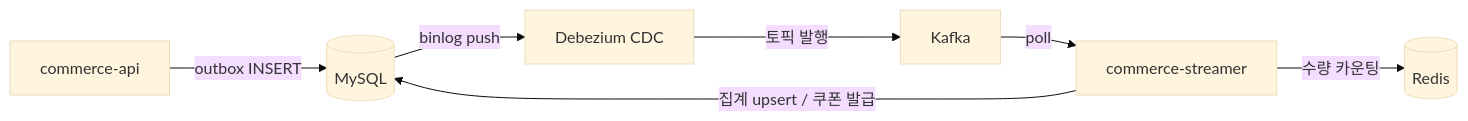
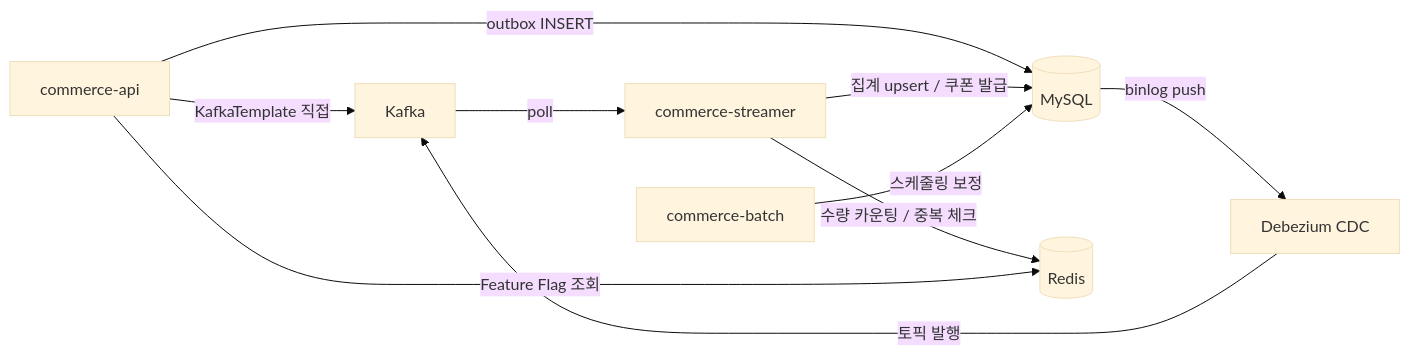
The first of 10 diagrams in docs/quests/round-07/flow-diagram.md (APapeIsName/loop-pack-be-l2-vol3-java), drawn with Mermaid (base theme) before and after one commit. The commit also changed other lines of this file and 3 other files, not shown here.

````diff
--- a/docs/quests/round-07/flow-diagram.md
+++ b/docs/quests/round-07/flow-diagram.md
@@ -7,16 +7,20 @@
 ```mermaid
 graph LR
     API[commerce-api]
     DB[(MySQL)]
     DEB[Debezium CDC]
     KAFKA[Kafka]
     STR[commerce-streamer]
     REDIS[(Redis)]
+    BATCH[commerce-batch]
 
+    API -->|KafkaTemplate 직접| KAFKA
     API -->|outbox INSERT| DB
     DB -->|binlog push| DEB
     DEB -->|토픽 발행| KAFKA
     KAFKA -->|poll| STR
     STR -->|집계 upsert / 쿠폰 발급| DB
-    STR -->|수량 카운팅| REDIS
+    STR -->|수량 카운팅 / 중복 체크| REDIS
+    API -->|Feature Flag 조회| REDIS
+    BATCH -->|스케줄링 보정| DB
 ```
````
